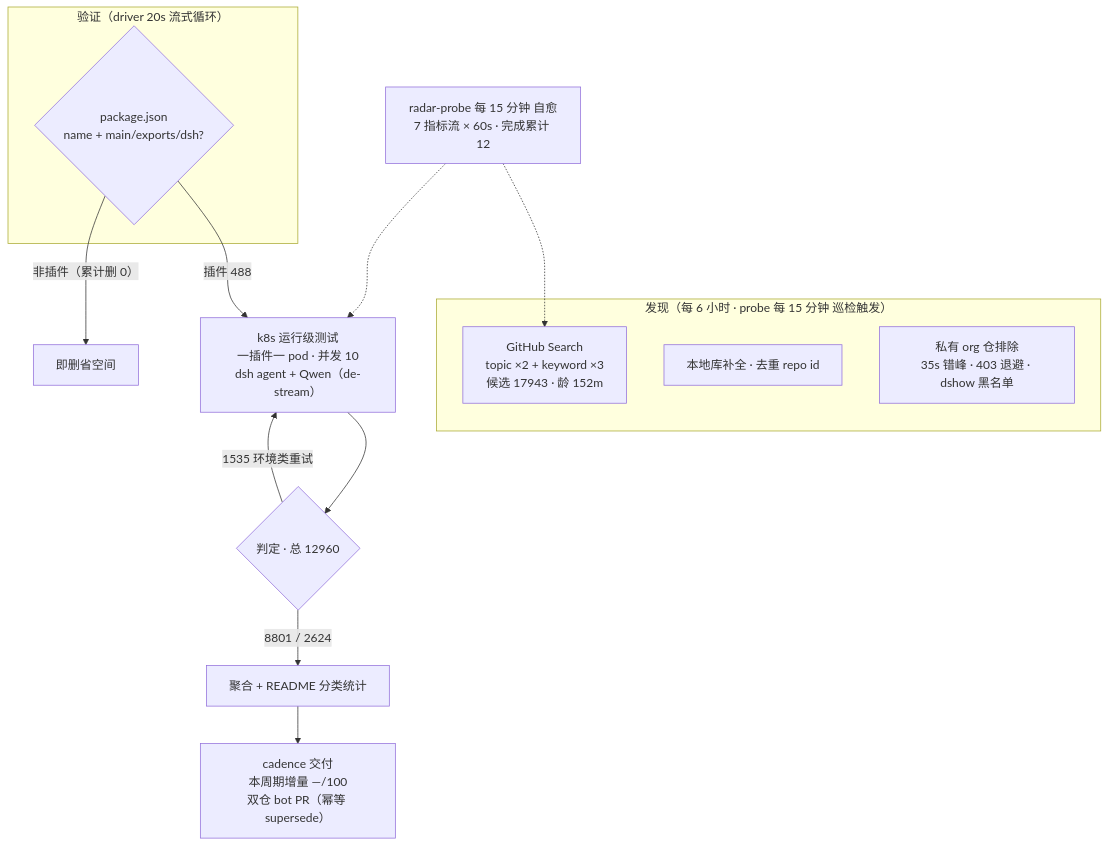
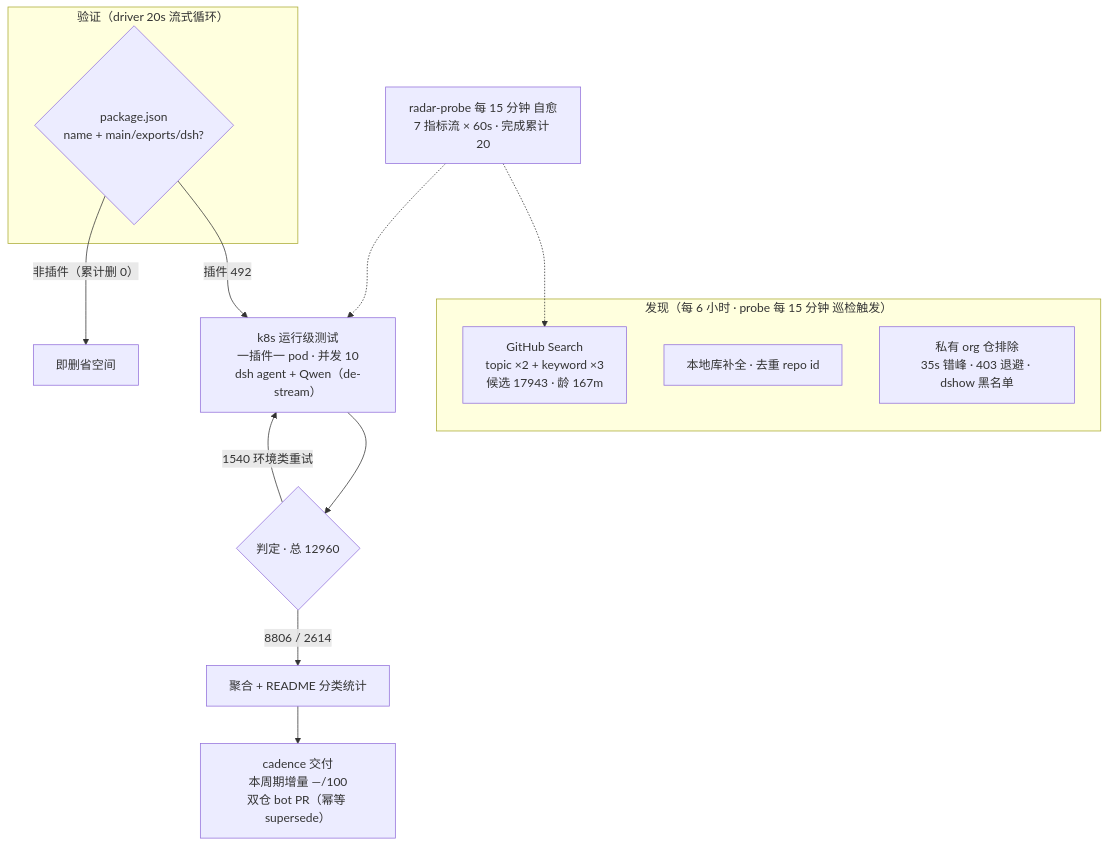
The diagram in README.md (AdamPlatin123/awesome-dsh-plugins), drawn with Mermaid before and after one commit. The commit also changed other lines of this file and 5 other files, not shown here.

````diff
--- a/README.md
+++ b/README.md
@@ -52,20 +52,20 @@
 ```mermaid
 flowchart TB
     subgraph Discovery["发现（每 6 小时 · probe 每 15 分钟 巡检触发）"]
-        A1["GitHub Search<br/>topic ×2 + keyword ×3<br/>候选 17943 · 龄 152m"]
+        A1["GitHub Search<br/>topic ×2 + keyword ×3<br/>候选 17943 · 龄 167m"]
         A2["本地库补全 · 去重 repo id"]
         A3["私有 org 仓排除<br/>35s 错峰 · 403 退避 · dshow 黑名单"]
     end
     subgraph Validation["验证（driver 20s 流式循环）"]
         B1{"package.json<br/>name + main/exports/dsh?"}
     end
-    B1 -->|"插件 488"| C1["k8s 运行级测试<br/>一插件一 pod · 并发 10<br/>dsh agent + Qwen（de-stream）"]
+    B1 -->|"插件 492"| C1["k8s 运行级测试<br/>一插件一 pod · 并发 10<br/>dsh agent + Qwen（de-stream）"]
     B1 -->|"非插件（累计删 0）"| B3["即删省空间"]
     C1 --> D1{"判定 · 总 12960"}
-    D1 -->|"8801 / 2624"| E1["聚合 + README 分类统计"]
-    D1 -->|"1535 环境类重试"| C1
+    D1 -->|"8806 / 2614"| E1["聚合 + README 分类统计"]
+    D1 -->|"1540 环境类重试"| C1
     E1 --> E2["cadence 交付<br/>本周期增量 —/100<br/>双仓 bot PR（幂等 supersede）"]
-    M["radar-probe 每 15 分钟 自愈<br/>7 指标流 × 60s · 完成累计 12"]
+    M["radar-probe 每 15 分钟 自愈<br/>7 指标流 × 60s · 完成累计 20"]
     M -.-> A1
     M -.-> C1
 ```
````
